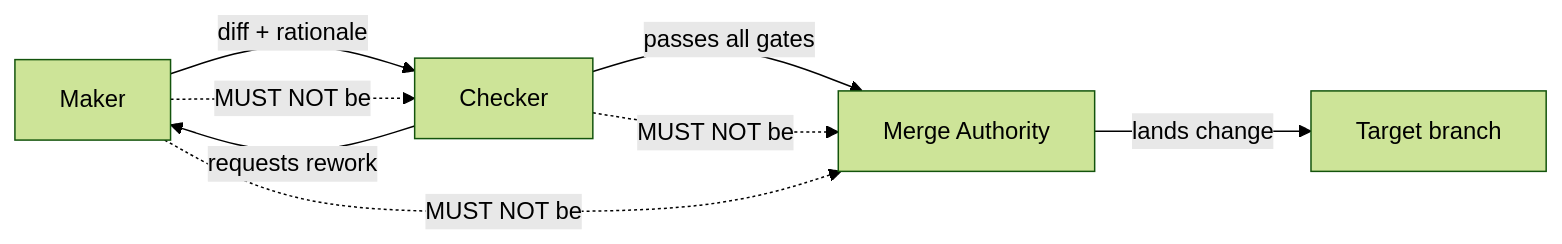
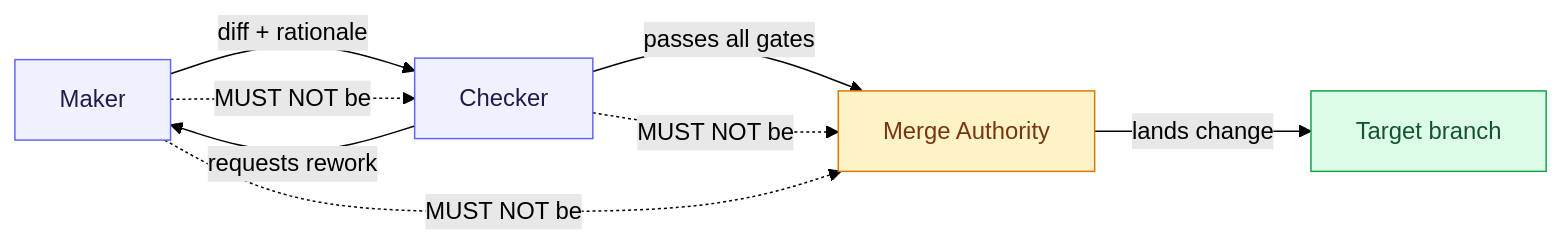
The first of 3 diagrams in docs/specs/governed-autonomy-spec.md (enumind/modonome), drawn with Mermaid (forest theme) before and after one commit. The commit also changed other lines of this file and 36 other files, not shown here.

````diff
--- a/docs/specs/governed-autonomy-spec.md
+++ b/docs/specs/governed-autonomy-spec.md
@@ -153,10 +153,18 @@
 ```mermaid
 flowchart LR
+  classDef role fill:#eef2ff,stroke:#6366f1,color:#1e1b4b;
+  classDef gate fill:#fef3c7,stroke:#d97706,color:#78350f;
+  classDef sink fill:#dcfce7,stroke:#16a34a,color:#14532d;
+
   Maker -->|"diff + rationale"| Checker
   Checker -->|"passes all gates"| Merge["Merge Authority"]
   Checker -->|"requests rework"| Maker
   Merge -->|"lands change"| Repo["Target branch"]
   Maker -. "MUST NOT be" .-> Checker
   Checker -. "MUST NOT be" .-> Merge
   Maker -. "MUST NOT be" .-> Merge
+
+  class Maker,Checker role
+  class Merge gate
+  class Repo sink
 ```
````
